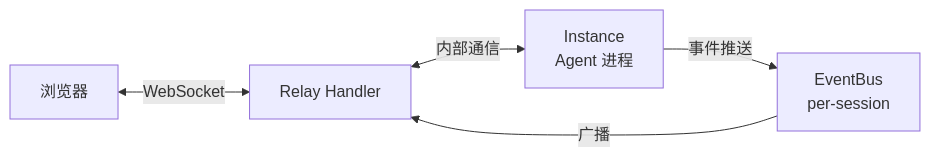
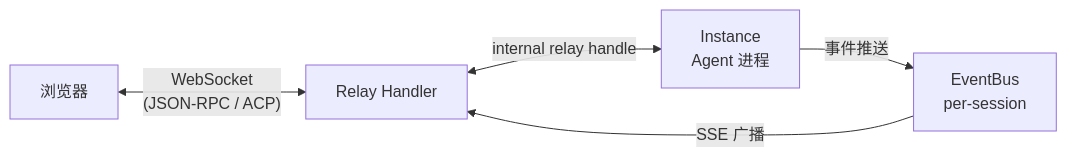
The third of 4 diagrams in docs/arch/05-chat.md (HuangPuStar/FenixAgent), drawn with Mermaid before and after one commit. The commit also changed other lines of this file and 10 other files, not shown here.

````diff
--- a/docs/arch/05-chat.md
+++ b/docs/arch/05-chat.md
@@ -52,7 +96,7 @@
 ```mermaid
 flowchart LR
-    B["浏览器"] <-->|"WebSocket"| R["Relay Handler"]
-    R <-->|"内部通信"| I["Instance<br/>Agent 进程"]
+    B["浏览器"] <-->|"WebSocket<br/>(JSON-RPC / ACP)"| R["Relay Handler"]
+    R <-->|"internal relay handle"| I["Instance<br/>Agent 进程"]
     I -->|"事件推送"| EB["EventBus<br/>per-session"]
-    EB -->|"广播"| R
+    EB -->|"SSE 广播"| R
 ```
````
